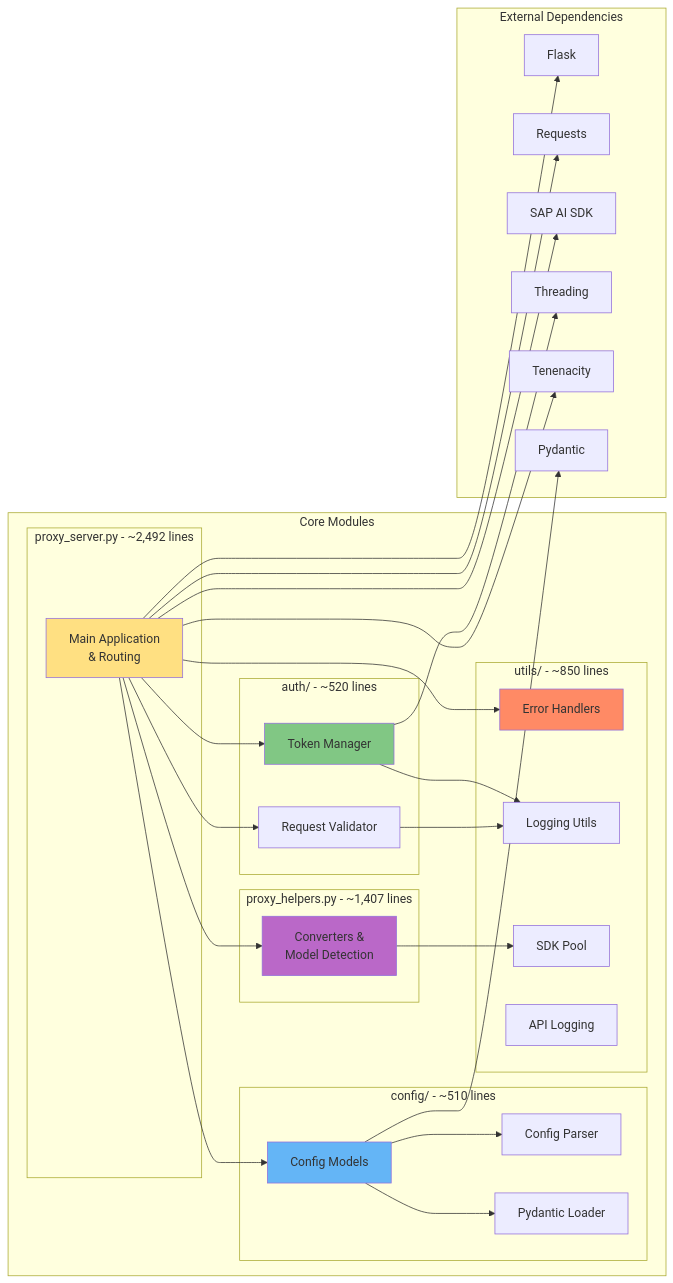
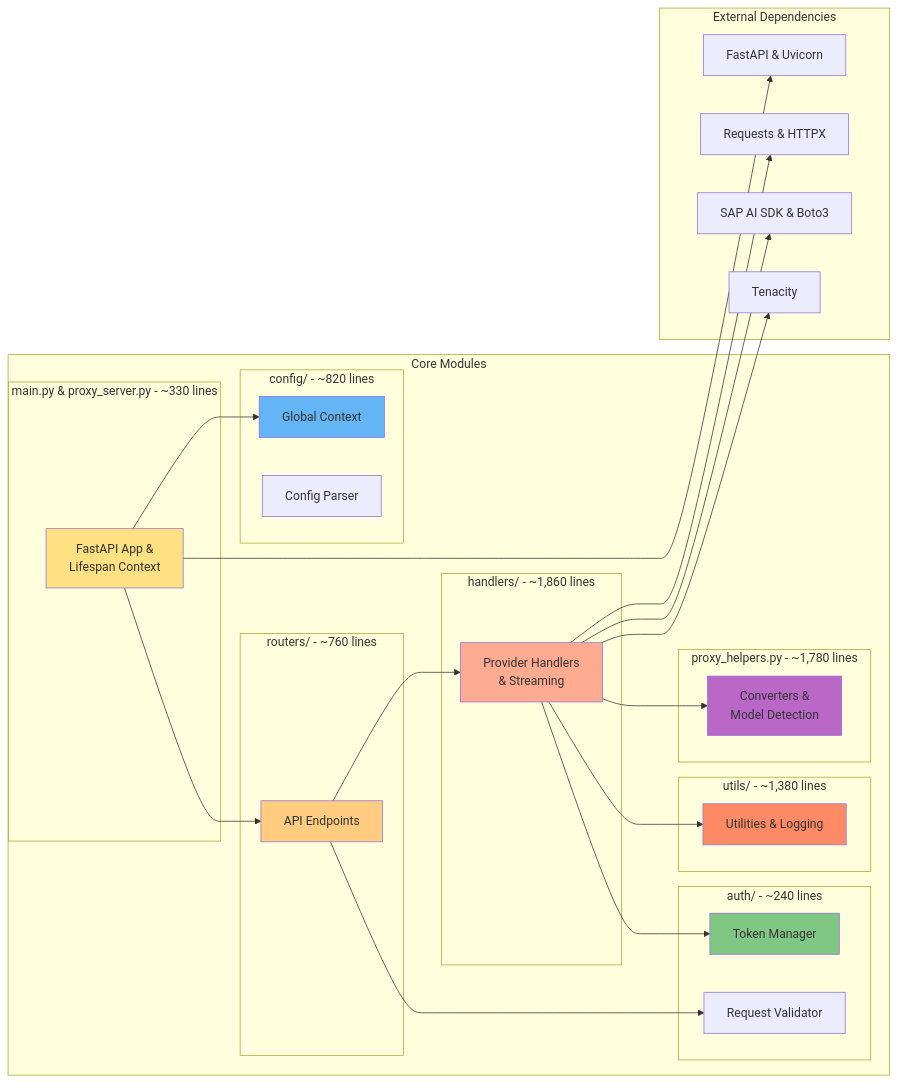
The fifth of 9 diagrams in docs/architecture/ARCHITECTURE.md (wl21st/sap-ai-core-llm-proxy), drawn with Mermaid before and after one commit. The commit also changed other lines of this file, not shown here.

Commit message:
docs: Update architecture documentation to reflect FastAPI migration, new module structure, and `ProxyGlobalContext` for service management.

````diff
--- a/docs/architecture/ARCHITECTURE.md
+++ b/docs/architecture/ARCHITECTURE.md
@@ -206,64 +206,62 @@
 ```mermaid
 graph LR
     subgraph "Core Modules"
-        subgraph "proxy_server.py - ~2,492 lines"
-            A[Main Application<br/>& Routing]
+        subgraph "main.py & proxy_server.py - ~330 lines"
+            A[FastAPI App &<br/>Lifespan Context]
         end
 
-        subgraph "auth/ - ~520 lines"
+        subgraph "routers/ - ~760 lines"
+            R[API Endpoints]
+        end
+
+        subgraph "handlers/ - ~1,860 lines"
+            H[Provider Handlers<br/>& Streaming]
+        end
+
+        subgraph "auth/ - ~240 lines"
             B1[Token Manager]
             B2[Request Validator]
         end
 
-        subgraph "config/ - ~510 lines"
-            C1[Config Models]
+        subgraph "config/ - ~820 lines"
+            C1[Global Context]
             C2[Config Parser]
-            C3[Pydantic Loader]
         end
 
-        subgraph "utils/ - ~850 lines"
-            D1[Error Handlers]
-            D2[Logging Utils]
-            D3[SDK Pool]
-            D4[API Logging]
+        subgraph "utils/ - ~1,380 lines"
+            D[Utilities & Logging]
         end
 
-        subgraph "proxy_helpers.py - ~1,407 lines"
+        subgraph "proxy_helpers.py - ~1,780 lines"
             E[Converters &<br/>Model Detection]
         end
     end
 
     subgraph "External Dependencies"
-        F[Flask]
-        G[Requests]
-        H[SAP AI SDK]
-        I[Threading]
-        J[Tenenacity]
-        K[Pydantic]
+        F[FastAPI & Uvicorn]
+        G[Requests & HTTPX]
+        I[SAP AI SDK & Boto3]
+        J[Tenacity]
     end
 
-    A --> B1
-    A --> B2
+    A --> R
     A --> C1
-    A --> E
-    A --> D1
-
-    B1 --> D2
-    B2 --> D2
-    C1 --> C2
-    C1 --> C3
-    E --> D3
+    R --> B2
+    R --> H
+    H --> B1
+    H --> E
+    H --> D
 
     A --> F
-    A --> G
-    A --> H
-    B1 --> I
-    A --> J
-    C1 --> K
+    H --> G
+    H --> I
+    H --> J
 
     style A fill:#FFE082
+    style R fill:#FFCC80
+    style H fill:#FFAB91
     style B1 fill:#81C784
     style C1 fill:#64B5F6
-    style D1 fill:#FF8A65
+    style D fill:#FF8A65
     style E fill:#BA68C8
 ```
````
